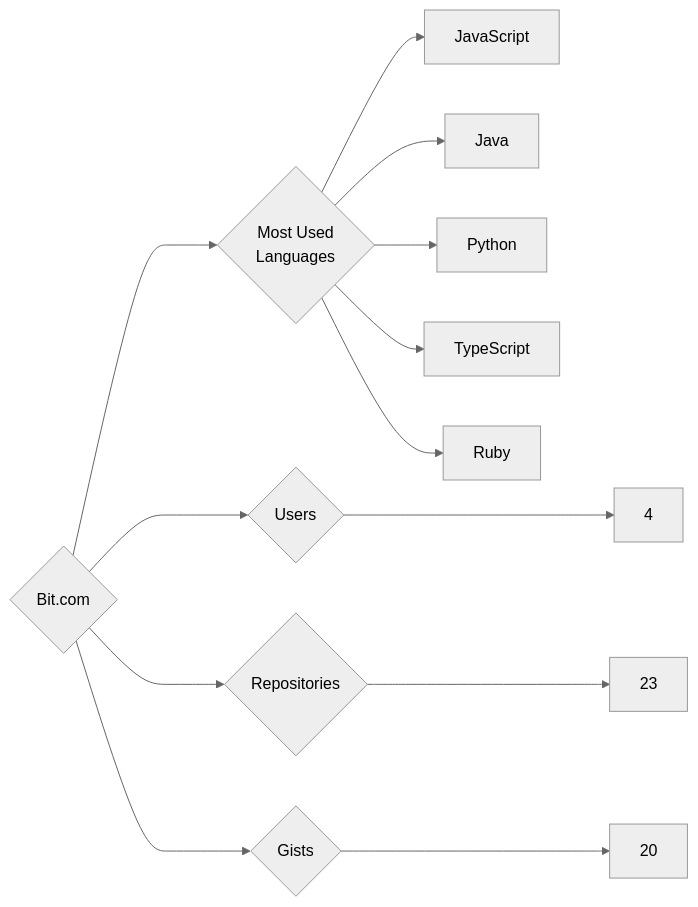
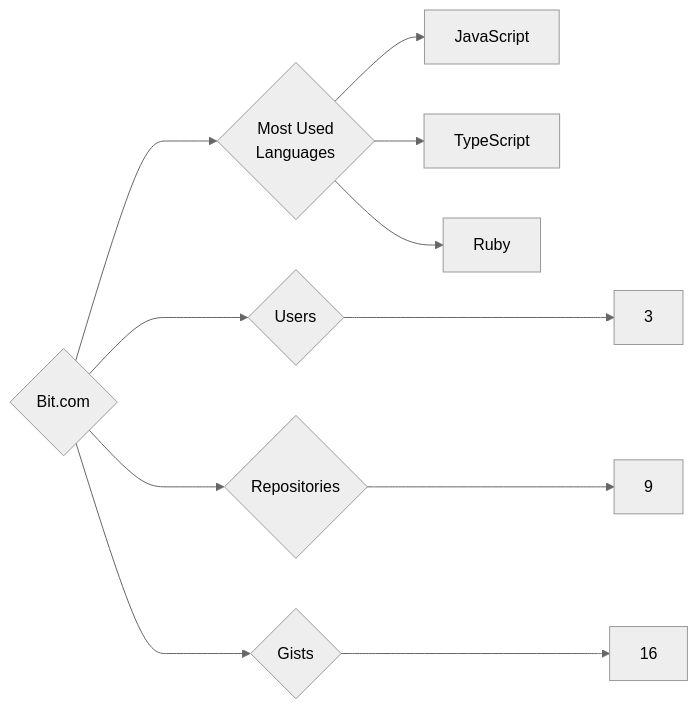
One commit to trickest/insiders changed the diagram in targets/Bit.com/README.md. Above: the diagram before and after it, drawn with Mermaid (neutral theme). The commit also changed 1167 other files, not shown here.

````diff
--- a/targets/Bit.com/README.md
+++ b/targets/Bit.com/README.md
@@ -3,13 +3,11 @@
 ```mermaid
 graph LR
 COMPANY_NAME{Bit.com}
-COMPANY_NAME ---> U{Users} ---> UN[4]
-COMPANY_NAME ---> R{Repositories} ---> RN[23]
-COMPANY_NAME ---> G{Gists} ---> GN[20]
+COMPANY_NAME ---> U{Users} ---> UN[3]
+COMPANY_NAME ---> R{Repositories} ---> RN[9]
+COMPANY_NAME ---> G{Gists} ---> GN[16]
 COMPANY_NAME ---> ML{Most Used<br>Languages}
 ML --> JavaScript[JavaScript]
-ML --> Java[Java]
-ML --> Python[Python]
 ML --> TypeScript[TypeScript]
 ML --> Ruby[Ruby]
 ```
````
